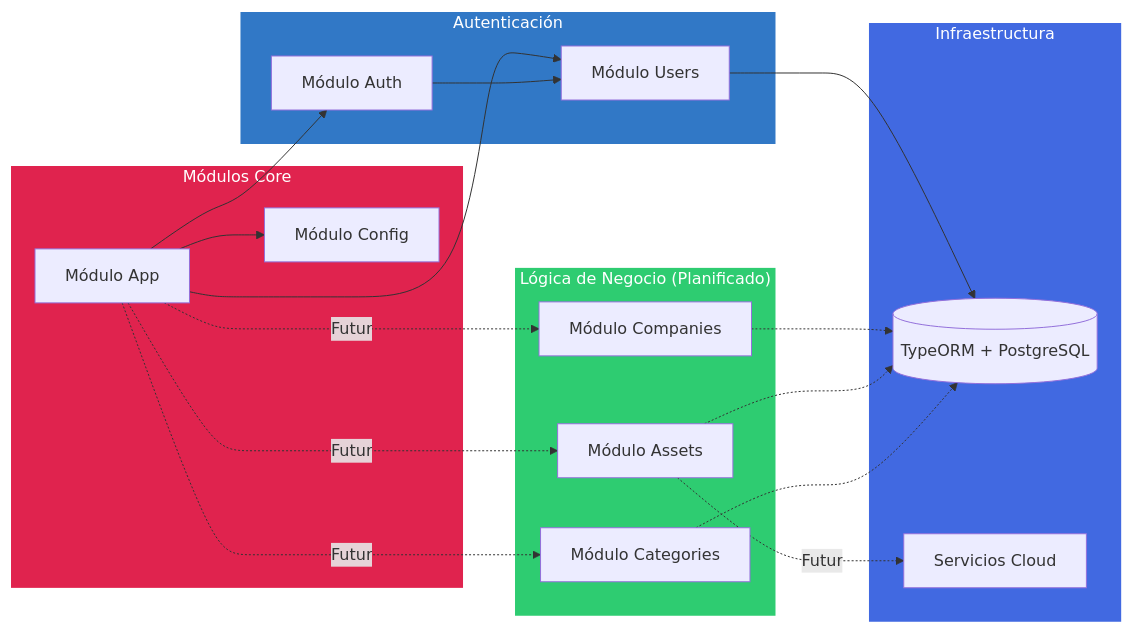
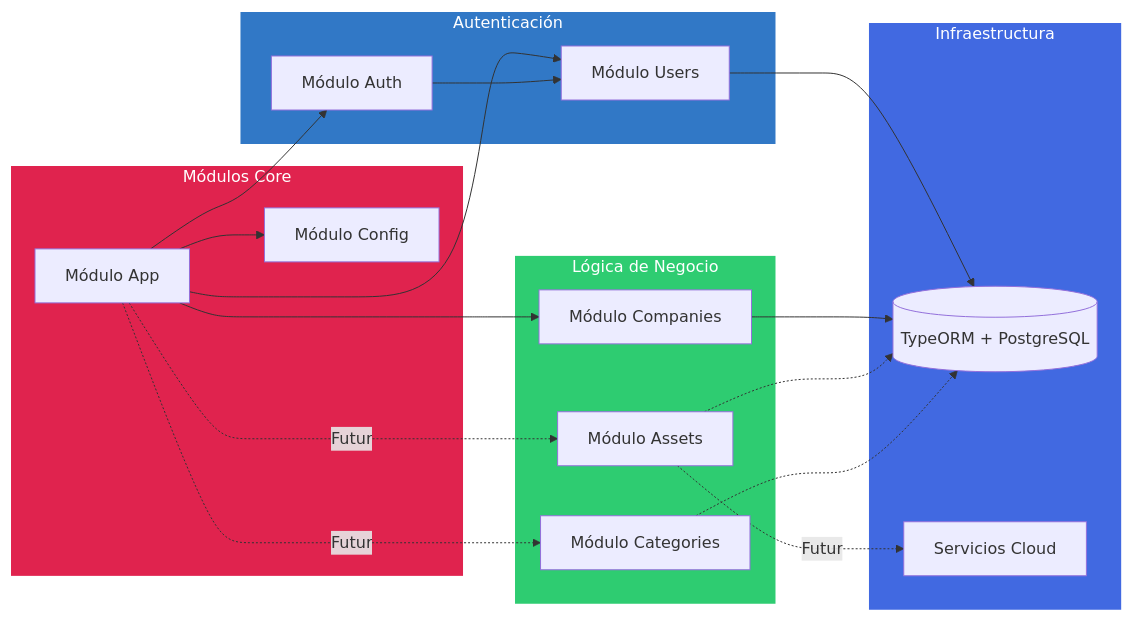
One commit to marceloemmott-dev/emmott-asset-platform-backend changed the third of 6 diagrams in README.md. Above: the diagram before and after it, drawn with Mermaid. The commit also changed other lines of this file and 17 other files, not shown here.

First line of the commit message:
feat(companies): Architecture Refactor, Circular Dependency Fix & Full Implementation (#3)

````diff
--- a/README.md
+++ b/README.md
@@ -201,43 +201,43 @@
 ```mermaid
 graph LR
     subgraph Core["Módulos Core"]
         App[Módulo App]
         Config[Módulo Config]
     end
     
     subgraph Auth["Autenticación"]
         AuthM[Módulo Auth]
         Users[Módulo Users]
     end
     
-    subgraph Business["Lógica de Negocio (Planificado)"]
+    subgraph Business["Lógica de Negocio"]
         Companies[Módulo Companies]
         Assets[Módulo Assets]
         Categories[Módulo Categories]
     end
     
     subgraph Infrastructure["Infraestructura"]
         DB[(TypeORM + PostgreSQL)]
         Cloud[Servicios Cloud]
     end
     
     App --> Config
     App --> AuthM
     App --> Users
     AuthM --> Users
-    App -.Futuro.-> Companies
+    App --> Companies
     App -.Futuro.-> Assets
     App -.Futuro.-> Categories
     
     Users --> DB
-    Companies -.-> DB
+    Companies --> DB
     Assets -.-> DB
     Categories -.-> DB
     
     Assets -.Futuro.-> Cloud
     
     style Core fill:#E0234E,stroke:#fff,stroke-width:2px,color:#fff
     style Auth fill:#3178C6,stroke:#fff,stroke-width:2px,color:#fff
     style Business fill:#2ecc71,stroke:#fff,stroke-width:2px,color:#fff
     style Infrastructure fill:#4169E1,stroke:#fff,stroke-width:2px,color:#fff
 ```
````
